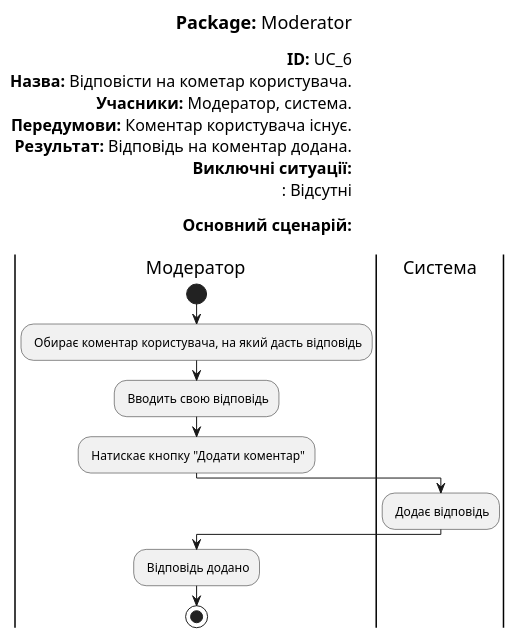
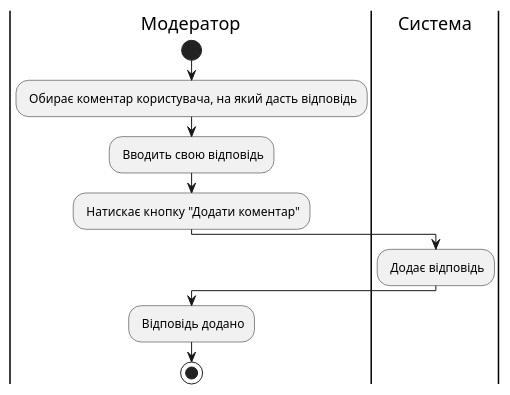
One commit to KarmazinN/db_open_data changed the diagram in src/uml/UC_6.puml. Above: the diagram before and after it, drawn with PlantUML.

```diff
--- a/src/uml/UC_6.puml
+++ b/src/uml/UC_6.puml
@@ -1,44 +1,31 @@
 @startuml
 skinparam ArchimateBackgroundColor #ffffff
 skinparam	shadowing false
 skinparam Note {
 	BackgroundColor #f85658
 	FontColor #ffffff
 }
 
-left header
-<font color=000 size=18><b>Package:</b> Moderator
 
-<font color=000 size=16><b>ID:</b> UC_6
-<font color=000 size=16><b>Назва:</b> Відповісти на кометар користувача.
-<font color=000 size=16><b>Учасники:</b> Модератор, система.
-<font color=000 size=16><b>Передумови:</b> Коментар користувача існує.
-<font color=000 size=16><b>Результат:</b> Відповідь на коментар додана.
-<font color=000 size=16><b>Виключні ситуації:</b>
-<font color=000 size=16> : Відсутні
-
-<font color=000 size=16><b>Основний сценарій:</b>
-
-end header
 
 |Модератор|
 start
 : Обирає коментар користувача, на який дасть відповідь;
 
 : Вводить свою відповідь;
 
 : Натискає кнопку "Додати коментар";
 
 |Система|
 
 : Додає відповідь;
 
 
 |Модератор|
 
 : Відповідь додано;
 
 stop;
 
 
 @enduml
```
